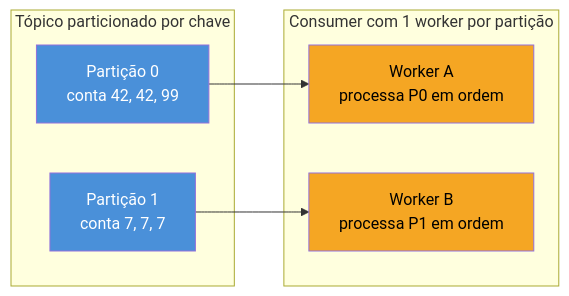
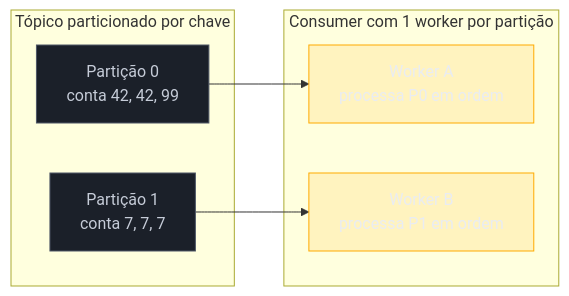
Before and after one commit to josenaldo/codex-technomanticus: the second of 4 diagrams in 03-Dominios/Tecnologia/Go/13 - Mensageria/07 - Padrões de processamento.md, drawn with Mermaid. The commit also changed other lines of this file and 1181 other files, not shown here.

First line of the commit message:
fix(diagramas): paleta do sistema no lugar de cor cravada no markdown

````diff
--- a/03-Dominios/Tecnologia/Go/13 - Mensageria/07 - Padrões de processamento.md
+++ b/03-Dominios/Tecnologia/Go/13 - Mensageria/07 - Padrões de processamento.md
@@ -129,20 +129,22 @@
 ```mermaid
 flowchart LR
+    classDef neutro fill:#1B2029,stroke:#4E5666,color:#C6CCD8
+    classDef destaque fill:#FFAA0024,stroke:#FFAA00,color:#E9ECF2
     subgraph Kafka["Tópico particionado por chave"]
         P0["Partição 0\nconta 42, 42, 99"]
         P1["Partição 1\nconta 7, 7, 7"]
     end
 
     subgraph App["Consumer com 1 worker por partição"]
         W0["Worker A\nprocessa P0 em ordem"]
         W1["Worker B\nprocessa P1 em ordem"]
     end
 
     P0 --> W0
     P1 --> W1
 
-    style P0 fill:#4A90D9,color:#fff
-    style P1 fill:#4A90D9,color:#fff
-    style W0 fill:#F5A623,color:#000
-    style W1 fill:#F5A623,color:#000
+    class P0 neutro
+    class P1 neutro
+    class W0 destaque
+    class W1 destaque
 ```
````
